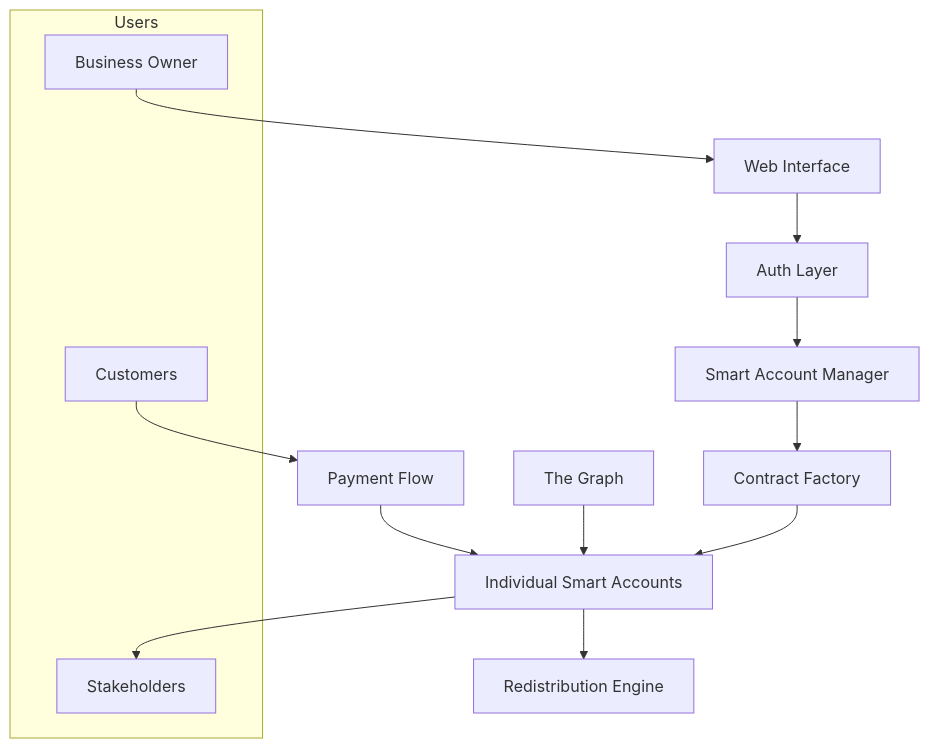
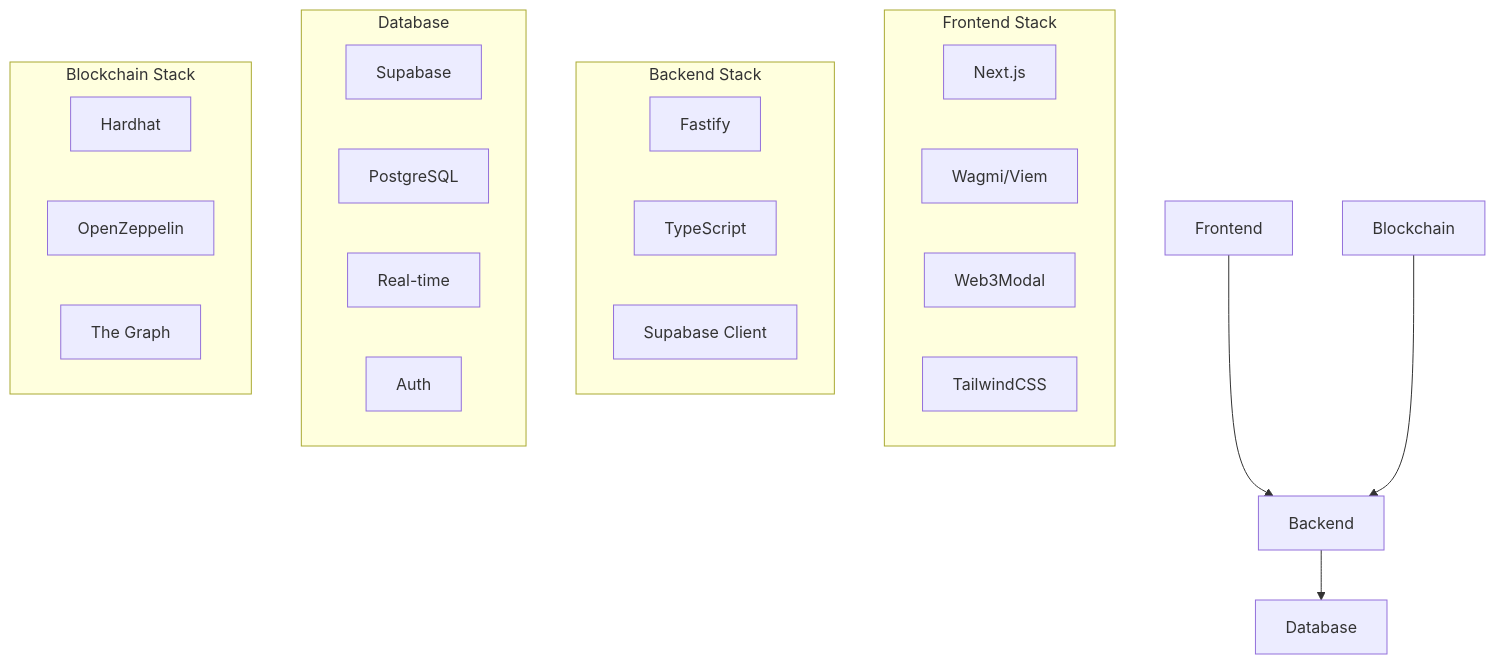
One commit to syntrofi/capz changed the first of 2 diagrams in documentation/architecture.md. Above: the diagram before and after it, drawn with Mermaid. The commit also changed other lines of this file, not shown here.

````diff
--- a/documentation/architecture.md
+++ b/documentation/architecture.md
@@ -24,20 +24,32 @@
 ```mermaid
 graph TD
-    A[Web Interface] --> B[Auth Layer]
-    B --> C[Smart Account Manager]
-    C --> D[Contract Factory]
-    D --> E[Individual Smart Accounts]
-    F[Payment Flow] --> E
-    E --> G[Redistribution Engine]
-    H[The Graph] --> E
-    
-    subgraph Users
-        I[Business Owner]
-        J[Customers]
-        K[Stakeholders]
+    A[Frontend] --> B[Backend]
+    B --> C[Database]
+    D[Blockchain] --> B
+
+    subgraph Frontend Stack
+        A1[Next.js]
+        A2[Wagmi/Viem]
+        A3[Web3Modal]
+        A4[TailwindCSS]
     end
-    
-    I --> A
-    J --> F
-    E --> K
+
+    subgraph Backend Stack
+        B1[Fastify]
+        B2[TypeScript]
+        B3[Supabase Client]
+    end
+
+    subgraph Database
+        C1[Supabase]
+        C2[PostgreSQL]
+        C3[Real-time]
+        C4[Auth]
+    end
+
+    subgraph Blockchain Stack
+        D1[Hardhat]
+        D2[OpenZeppelin]
+        D3[The Graph]
+    end
 ```
````
